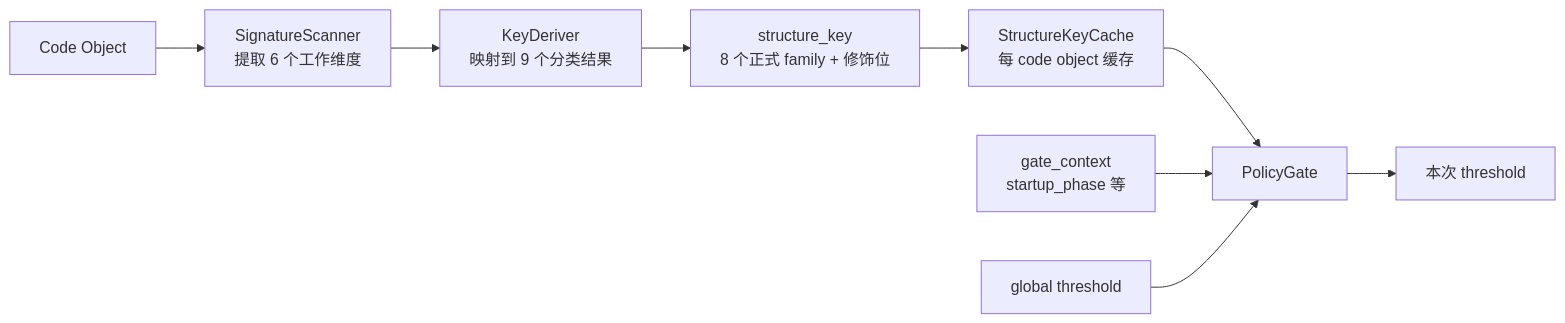
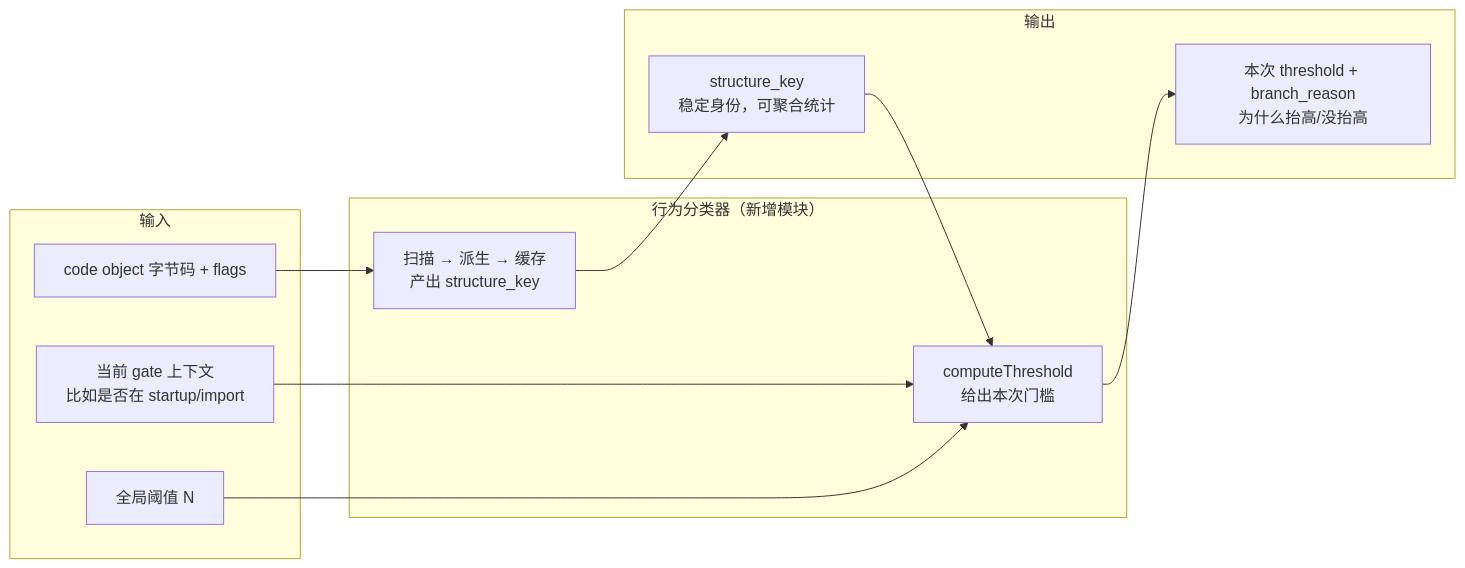
The second of 9 diagrams in docs/design/autojit-behavior-classification/【功能设计】AutoJIT 行为模式分类.md (Cookie4Cat/cinderx-dev), drawn with Mermaid before and after one commit. The commit also changed other lines of this file, not shown here.

````diff
--- a/docs/design/autojit-behavior-classification/【功能设计】AutoJIT 行为模式分类.md
+++ b/docs/design/autojit-behavior-classification/【功能设计】AutoJIT 行为模式分类.md
@@ -125,11 +111,21 @@
 ```mermaid
 flowchart LR
-  Code[Code Object] --> Scan[SignatureScanner<br/>提取 6 个工作维度]
-  Scan --> Derive[KeyDeriver<br/>映射到 9 个分类结果]
-  Derive --> Key[structure_key<br/>8 个正式 family + 修饰位]
-  Key --> Cache[StructureKeyCache<br/>每 code object 缓存]
-  Cache --> Gate[PolicyGate]
-  Context[gate_context<br/>startup_phase 等] --> Gate
-  Global[global threshold] --> Gate
-  Gate --> Limit[本次 threshold]
+  subgraph In["输入"]
+    I1[code object 字节码 + flags]
+    I2[当前 gate 上下文<br/>比如是否在 startup/import]
+    I3[全局阈值 N]
+  end
+  subgraph Classifier["行为分类器（新增模块）"]
+    C1[扫描 → 派生 → 缓存<br/>产出 structure_key]
+    C2[computeThreshold<br/>给出本次门槛]
+  end
+  subgraph Out["输出"]
+    O1[structure_key<br/>稳定身份，可聚合统计]
+    O2[本次 threshold + branch_reason<br/>为什么抬高/没抬高]
+  end
+  I1 --> C1 --> O1
+  O1 --> C2
+  I2 --> C2
+  I3 --> C2
+  C2 --> O2
 ```
````
